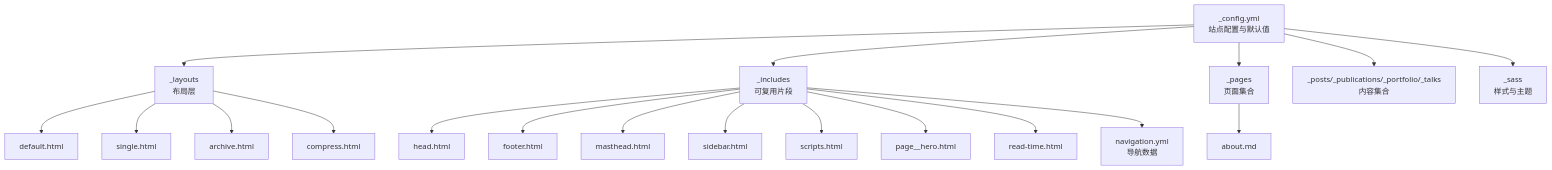
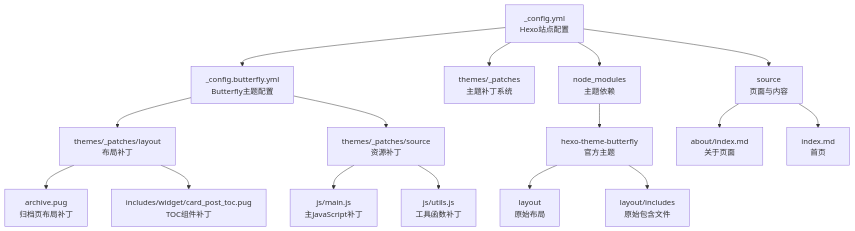
One commit to CoolPig0720/CoolPig0720.github.io changed the first of 3 diagrams in .qoder/repowiki/zh/content/页面布局和模板系统/自定义开发指南.md. Above: the diagram before and after it, drawn with Mermaid. The commit also changed other lines of this file and 14 other files, not shown here.

````diff
--- a/.qoder/repowiki/zh/content/页面布局和模板系统/自定义开发指南.md
+++ b/.qoder/repowiki/zh/content/页面布局和模板系统/自定义开发指南.md
@@ -47,21 +78,18 @@
 ```mermaid
 graph TB
-A["_config.yml<br/>站点配置与默认值"] --> B["_layouts<br/>布局层"]
-A --> C["_includes<br/>可复用片段"]
-A --> D["_pages<br/>页面集合"]
-A --> E["_posts/_publications/_portfolio/_talks<br/>内容集合"]
-A --> F["_sass<br/>样式与主题"]
-B --> B1["default.html"]
-B --> B2["single.html"]
-B --> B3["archive.html"]
-B --> B4["compress.html"]
-C --> C1["head.html"]
-C --> C2["footer.html"]
-C --> C3["masthead.html"]
-C --> C4["sidebar.html"]
-C --> C5["scripts.html"]
-C --> C6["page__hero.html"]
-C --> C7["read-time.html"]
-C --> C8["navigation.yml<br/>导航数据"]
-D --> D1["about.md"]
+A["_config.yml<br/>Hexo站点配置"] --> B["_config.butterfly.yml<br/>Butterfly主题配置"]
+A --> C["themes/_patches<br/>主题补丁系统"]
+A --> D["source<br/>页面与内容"]
+A --> E["node_modules<br/>主题依赖"]
+B --> F["themes/_patches/layout<br/>布局补丁"]
+B --> G["themes/_patches/source<br/>资源补丁"]
+F --> F1["archive.pug<br/>归档页布局补丁"]
+F --> F2["includes/widget/card_post_toc.pug<br/>TOC组件补丁"]
+G --> G1["js/main.js<br/>主JavaScript补丁"]
+G --> G2["js/utils.js<br/>工具函数补丁"]
+E --> E1["hexo-theme-butterfly<br/>官方主题"]
+E1 --> E2["layout<br/>原始布局"]
+E1 --> E3["layout/includes<br/>原始包含文件"]
+D --> D1["about/index.md<br/>关于页面"]
+D --> D2["index.md<br/>首页"]
 ```
````
